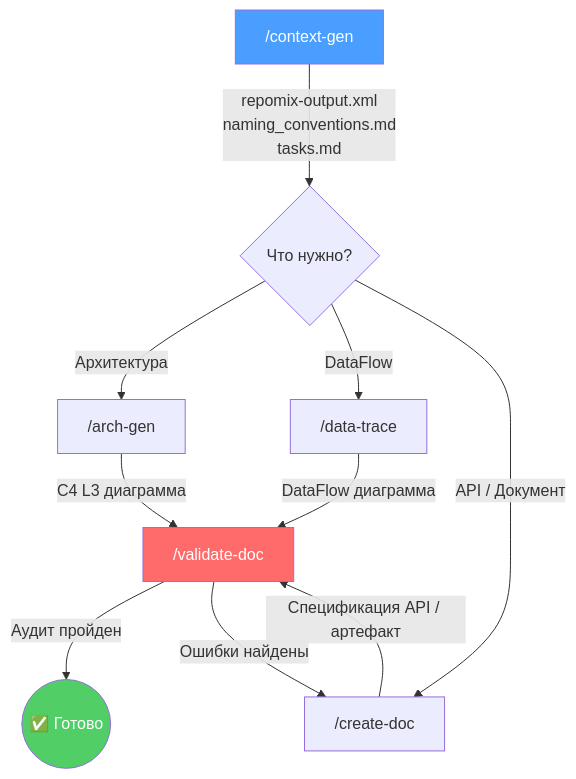
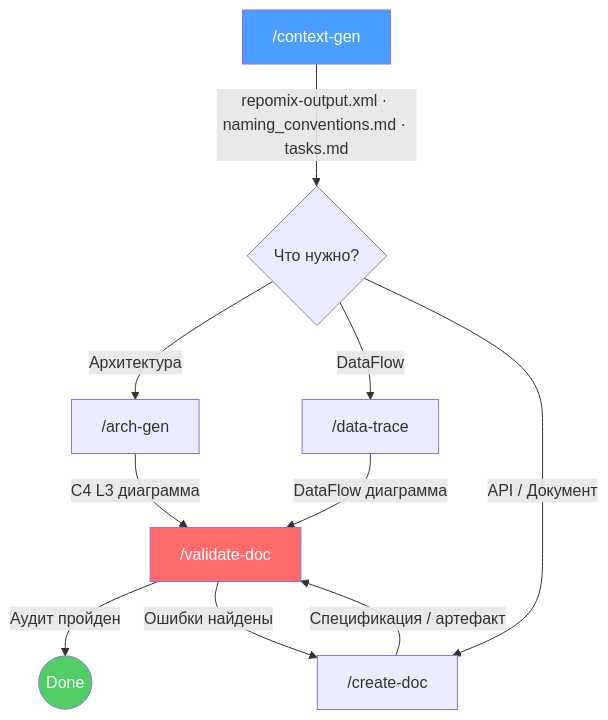
One commit to boboden541/sa-helper changed the first of 2 diagrams in README.md. Above: the diagram before and after it, drawn with Mermaid. The commit also changed other lines of this file and 56 other files, not shown here.

````diff
--- a/README.md
+++ b/README.md
@@ -99,18 +154,18 @@
 ```mermaid
 flowchart TD
-    A["/context-gen"] -->|"repomix-output.xml<br>naming_conventions.md<br>tasks.md"| B{Что нужно?}
+    A["/context-gen"] -->|"repomix-output.xml · naming_conventions.md · tasks.md"| B{Что нужно?}
     B -->|"Архитектура"| C["/arch-gen"]
     B -->|"DataFlow"| D["/data-trace"]
     B -->|"API / Документ"| E["/create-doc"]
 
     C -->|"C4 L3 диаграмма"| F["/validate-doc"]
     D -->|"DataFlow диаграмма"| F
-    E -->|"Спецификация API / артефакт"| F
+    E -->|"Спецификация / артефакт"| F
 
-    F -->|"Аудит пройден"| G(("✅ Готово"))
+    F -->|"Аудит пройден"| G(("Done"))
     F -->|"Ошибки найдены"| E
 
     style A fill:#4a9eff,color:#fff
     style F fill:#ff6b6b,color:#fff
     style G fill:#51cf66,color:#fff
 ```
````
